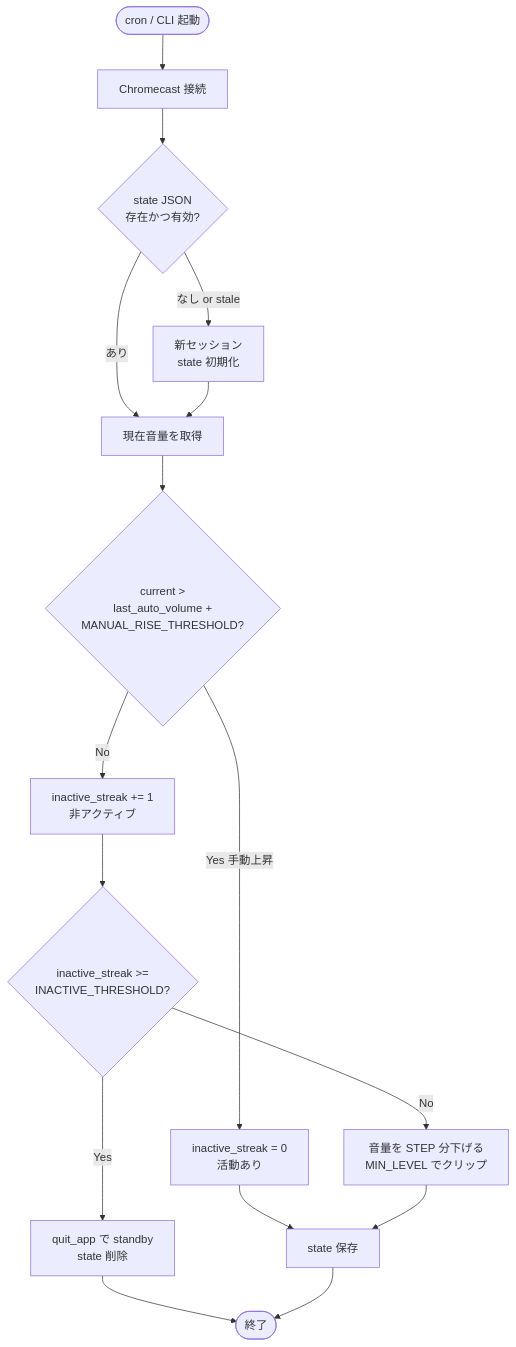
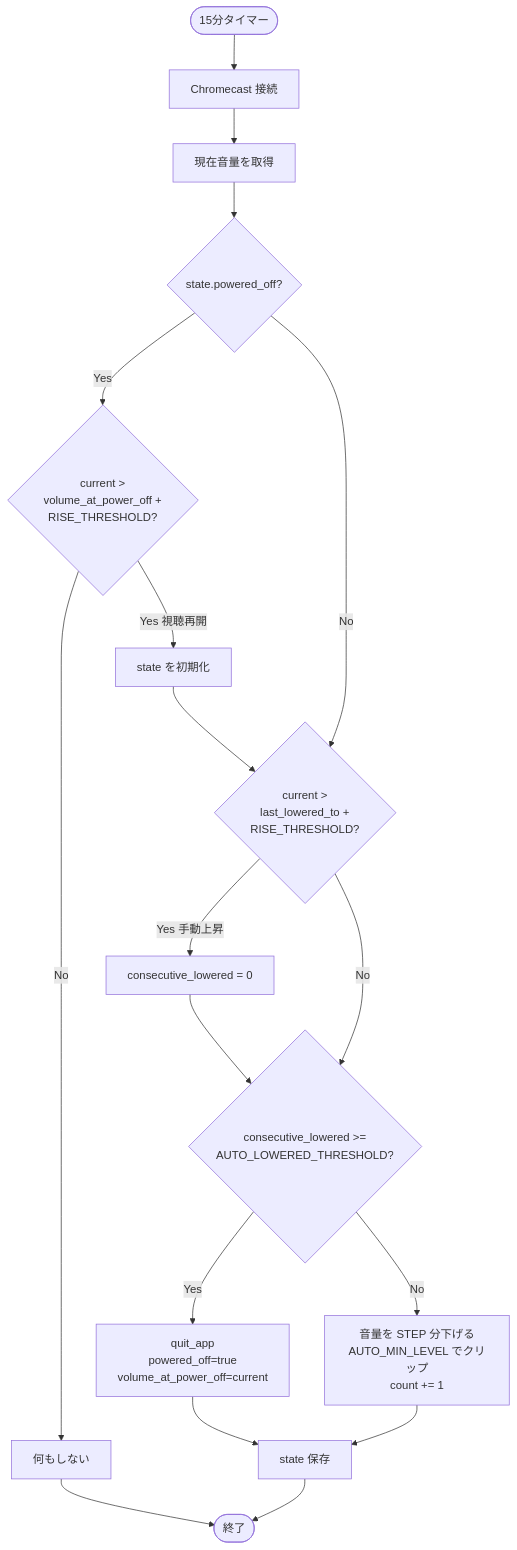
Before and after one commit to noricha-vr/nemucast: the diagram in README.md, drawn with Mermaid. The commit also changed other lines of this file and 9 other files, not shown here.

````diff
--- a/README.md
+++ b/README.md
@@ -114,18 +106,20 @@
 ```mermaid
 flowchart TD
-    Start([cron / CLI 起動]) --> Connect[Chromecast 接続]
-    Connect --> LoadState{state JSON<br/>存在かつ有効?}
-    LoadState -->|なし or stale| NewSession[新セッション<br/>state 初期化]
-    LoadState -->|あり| CheckVolume[現在音量を取得]
-    NewSession --> CheckVolume
-    CheckVolume --> Manual{current &gt;<br/>last_auto_volume +<br/>MANUAL_RISE_THRESHOLD?}
-    Manual -->|Yes 手動上昇| Reset[inactive_streak = 0<br/>活動あり]
-    Manual -->|No| Increment[inactive_streak += 1<br/>非アクティブ]
-    Reset --> SaveState[state 保存]
-    Increment --> Threshold{inactive_streak &gt;=<br/>INACTIVE_THRESHOLD?}
-    Threshold -->|Yes| Standby[quit_app で standby<br/>state 削除]
-    Threshold -->|No| LowerVol[音量を STEP 分下げる<br/>MIN_LEVEL でクリップ]
-    LowerVol --> SaveState
-    Standby --> End([終了])
-    SaveState --> End
+    Start([15分タイマー]) --> Connect[Chromecast 接続]
+    Connect --> CurVol[現在音量を取得]
+    CurVol --> PoweredOff{state.powered_off?}
+    PoweredOff -->|Yes| Risen{current &gt;<br/>volume_at_power_off +<br/>RISE_THRESHOLD?}
+    Risen -->|No| Skip[何もしない]
+    Risen -->|Yes 視聴再開| Reset1[state を初期化]
+    Reset1 --> ManualCheck
+    PoweredOff -->|No| ManualCheck{current &gt;<br/>last_lowered_to +<br/>RISE_THRESHOLD?}
+    ManualCheck -->|Yes 手動上昇| ResetCount[consecutive_lowered = 0]
+    ManualCheck -->|No| Threshold
+    ResetCount --> Threshold{consecutive_lowered &gt;=<br/>AUTO_LOWERED_THRESHOLD?}
+    Threshold -->|Yes| Standby[quit_app<br/>powered_off=true<br/>volume_at_power_off=current]
+    Threshold -->|No| LowerVol[音量を STEP 分下げる<br/>AUTO_MIN_LEVEL でクリップ<br/>count += 1]
+    LowerVol --> SaveState[state 保存]
+    Standby --> SaveState
+    SaveState --> End([終了])
+    Skip --> End
 ```
````
